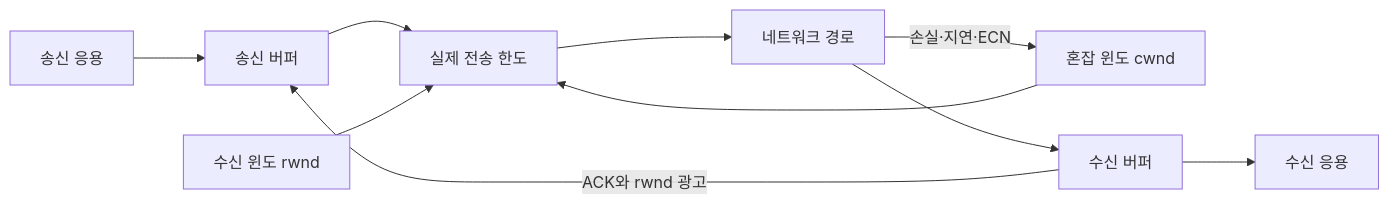
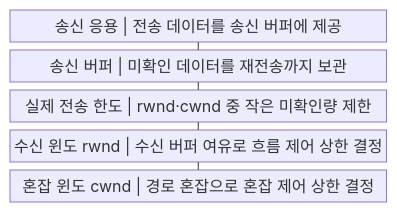
One commit to agnusdei1207/knowledge-base changed the first of 2 diagrams in src/content/docs/notes/04-network/028_flow_control.md. Above: the diagram before and after it, drawn with Mermaid. The commit also changed other lines of this file and 20 other files, not shown here.

````diff
--- a/src/content/docs/notes/04-network/028_flow_control.md
+++ b/src/content/docs/notes/04-network/028_flow_control.md
@@ -56,12 +57,13 @@
 ```mermaid
-flowchart LR
-    A["송신 응용"] --> SB["송신 버퍼"]
-    SB --> L["실제 전송 한도"]
-    RW["수신 윈도 rwnd"] --> L
-    CW["혼잡 윈도 cwnd"] --> L
-    L --> N["네트워크 경로"]
-    N --> RB["수신 버퍼"]
-    RB --> B["수신 응용"]
-    RB -->|"ACK와 rwnd 광고"| SB
-    N -->|"손실·지연·ECN"| CW
+block
+    columns 1
+    A["송신 응용 | 전송 데이터를 송신 버퍼에 제공"]
+    B["송신 버퍼 | 미확인 데이터를 재전송까지 보관"]
+    C["실제 전송 한도 | rwnd·cwnd 중 작은 미확인량 제한"]
+    D["수신 윈도 rwnd | 수신 버퍼 여유로 흐름 제어 상한 결정"]
+    E["혼잡 윈도 cwnd | 경로 혼잡으로 혼잡 제어 상한 결정"]
+    A --- B
+    B --- C
+    C --- D
+    D --- E
 ```
````
